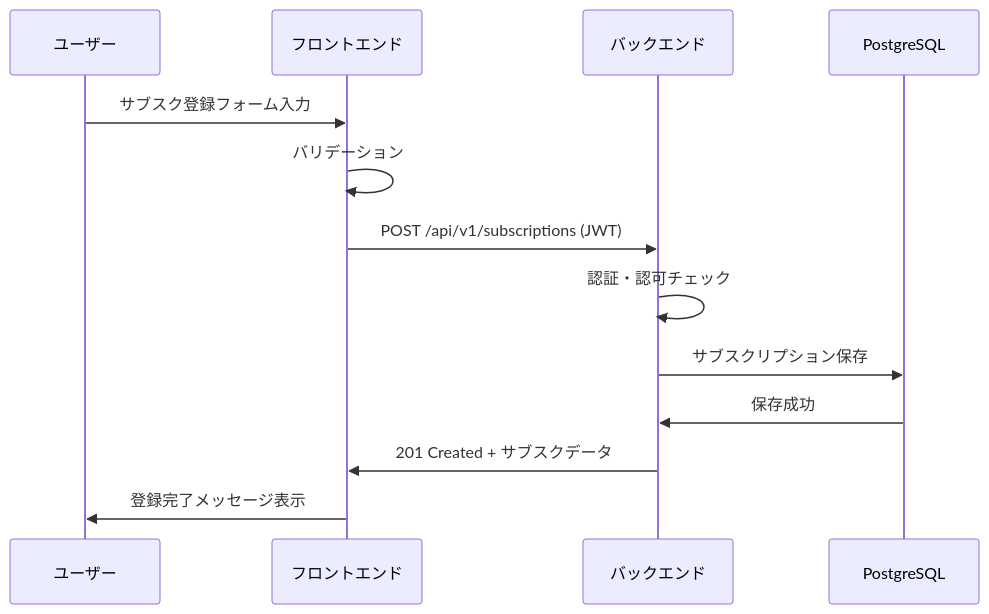
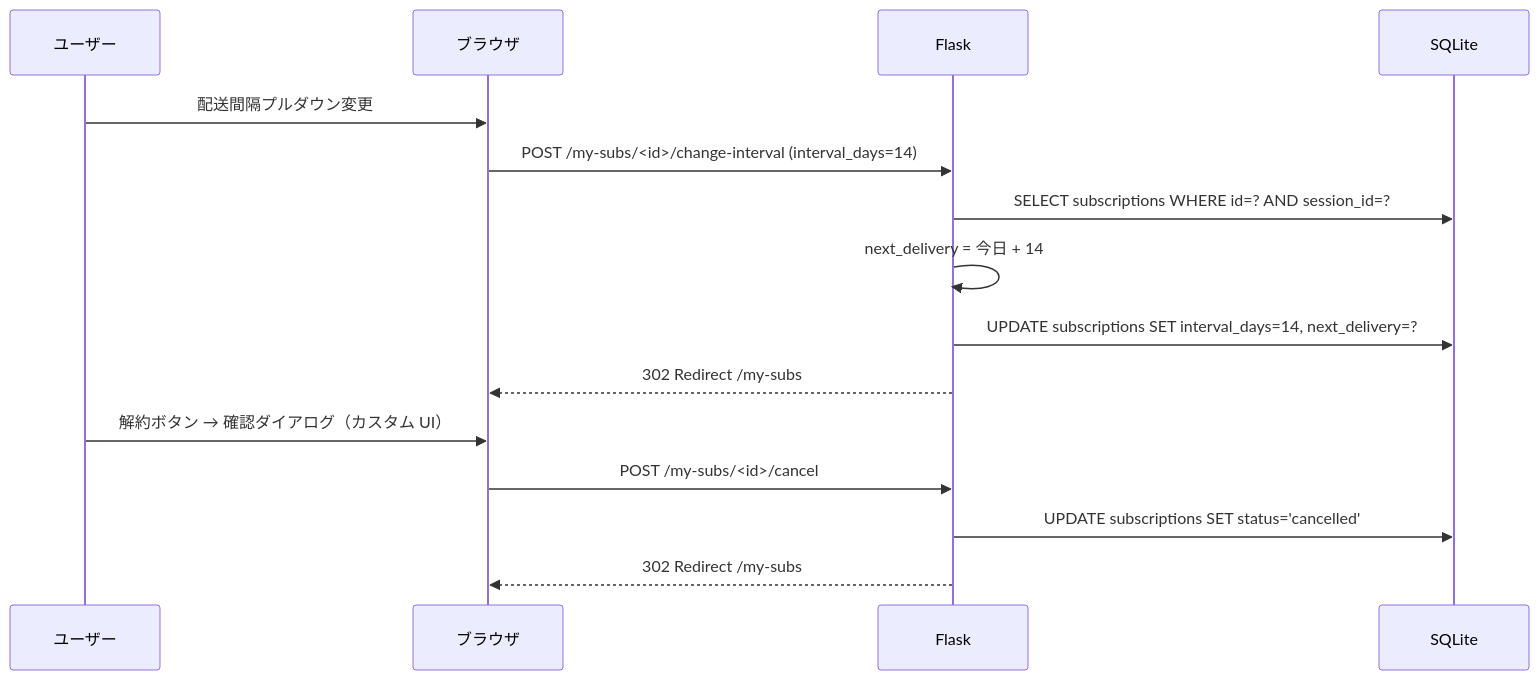
The third of 5 diagrams in SPEC/sequence.md (rictaworks/household-sub-demo), drawn with Mermaid before and after one commit. The commit also changed other lines of this file and 3 other files, not shown here.

````diff
--- a/SPEC/sequence.md
+++ b/SPEC/sequence.md
@@ -33,16 +78,19 @@
 ```mermaid
 sequenceDiagram
-    participant U as ユーザー
-    participant FE as フロントエンド
-    participant BE as バックエンド
-    participant DB as PostgreSQL
+    participant U  as ユーザー
+    participant BR as ブラウザ
+    participant FL as Flask
+    participant DB as SQLite
 
-    U->>FE: サブスク登録フォーム入力
-    FE->>FE: バリデーション
-    FE->>BE: POST /api/v1/subscriptions (JWT)
-    BE->>BE: 認証・認可チェック
-    BE->>DB: サブスクリプション保存
-    DB->>BE: 保存成功
-    BE->>FE: 201 Created + サブスクデータ
-    FE->>U: 登録完了メッセージ表示
+    U->>BR: 配送間隔プルダウン変更
+    BR->>FL: POST /my-subs/<id>/change-interval (interval_days=14)
+    FL->>DB: SELECT subscriptions WHERE id=? AND session_id=?
+    FL->>FL: next_delivery = 今日 + 14
+    FL->>DB: UPDATE subscriptions SET interval_days=14, next_delivery=?
+    FL-->>BR: 302 Redirect /my-subs
+
+    U->>BR: 解約ボタン → 確認ダイアログ（カスタム UI）
+    BR->>FL: POST /my-subs/<id>/cancel
+    FL->>DB: UPDATE subscriptions SET status='cancelled'
+    FL-->>BR: 302 Redirect /my-subs
 ```
````
